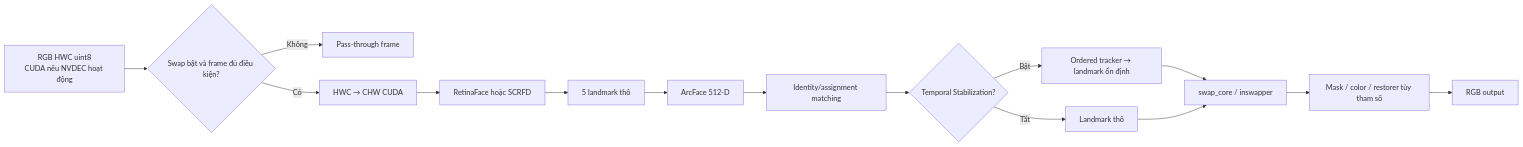
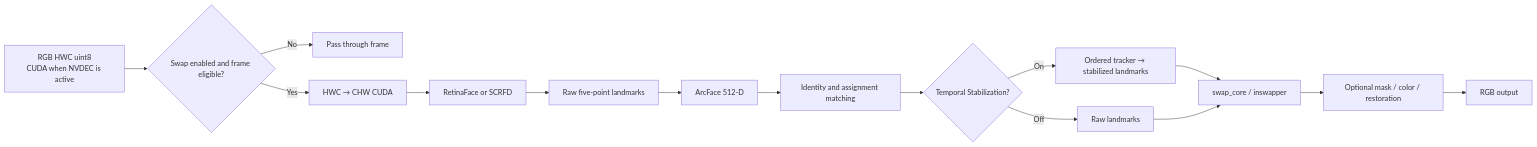
The second of 2 diagrams in .ai/ARCHITECTURE.md (Moon2301/Rope), drawn with Mermaid before and after one commit. The commit also changed other lines of this file and 5 other files, not shown here.

````diff
--- a/.ai/ARCHITECTURE.md
+++ b/.ai/ARCHITECTURE.md
@@ -93,17 +93,17 @@
 ```mermaid
 flowchart LR
-    Decode["RGB HWC uint8<br/>CUDA nếu NVDEC hoạt động"] --> Gate{"Swap bật và frame đủ điều kiện?"}
-    Gate -- "Không" --> Pass["Pass-through frame"]
-    Gate -- "Có" --> CHW["HWC → CHW CUDA"]
-    CHW --> Detect["RetinaFace hoặc SCRFD"]
-    Detect --> RawKPS["5 landmark thô"]
+    Decode["RGB HWC uint8<br/>CUDA when NVDEC is active"] --> Gate{"Swap enabled and frame eligible?"}
+    Gate -- "No" --> Pass["Pass through frame"]
+    Gate -- "Yes" --> CHW["HWC → CHW CUDA"]
+    CHW --> Detect["RetinaFace or SCRFD"]
+    Detect --> RawKPS["Raw five-point landmarks"]
     RawKPS --> Rec["ArcFace 512-D"]
-    Rec --> Match["Identity/assignment matching"]
+    Rec --> Match["Identity and assignment matching"]
     Match --> Track{"Temporal Stabilization?"}
-    Track -- "Bật" --> Stable["Ordered tracker → landmark ổn định"]
-    Track -- "Tắt" --> Raw["Landmark thô"]
+    Track -- "On" --> Stable["Ordered tracker → stabilized landmarks"]
+    Track -- "Off" --> Raw["Raw landmarks"]
     Stable --> Swap["swap_core / inswapper"]
     Raw --> Swap
-    Swap --> Optional["Mask / color / restorer tùy tham số"]
+    Swap --> Optional["Optional mask / color / restoration"]
     Optional --> Output["RGB output"]
 ```
````
